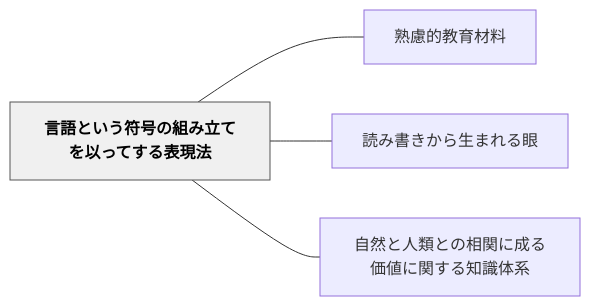
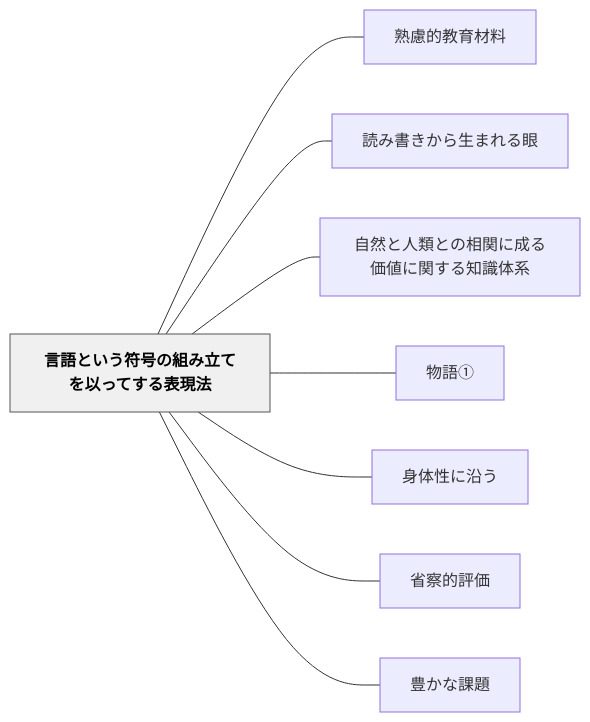
The diagram in content/パタン/言語という符号の組み立てを以ってする表現法.md (unknownthings-ed-patterns/unknownthings-ed-patterns), drawn with Mermaid before and after one commit. The commit also changed other lines of this file and 36 other files, not shown here.

````diff
--- a/content/パタン/言語という符号の組み立てを以ってする表現法.md
+++ b/content/パタン/言語という符号の組み立てを以ってする表現法.md
@@ -44,14 +48,22 @@
 ```mermaid
 flowchart LR
     ne8a880e8aa9ee381a8e38184e38186e7aca6e58fb7e381aee7b584e381bfe7ab8be381a6e38292e4bba5e381a3e381a6e38199e3828be8a1a8e78fbee6b395["言語という符号の組み立てを以ってする表現法"]
     ne7869fe685aee79a84e69599e882b2e69d90e69699["熟慮的教育材料"]
     ne8aaade381bfe69bb8e3818de3818be38289e7949fe381bee3828ce3828be79cbc["読み書きから生まれる眼"]
     ne887aae784b6e381a8e4babae9a19ee381a8e381aee79bb8e996a2e381abe68890e3828be4bea1e580a4e381abe996a2e38199e3828be79fa5e8ad98e4bd93e7b3bb["自然と人類との相関に成る価値に関する知識体系"]
+    ne789a9e8aa9ee291a0["物語①"]
+    ne8baabe4bd93e680a7e381abe6b2bfe38186["身体性に沿う"]
+    ne79c81e5af9fe79a84e8a995e4bea1["省察的評価"]
+    ne8b18ae3818be381aae8aab2e9a18c["豊かな課題"]
 
     ne8a880e8aa9ee381a8e38184e38186e7aca6e58fb7e381aee7b584e381bfe7ab8be381a6e38292e4bba5e381a3e381a6e38199e3828be8a1a8e78fbee6b395 --- ne7869fe685aee79a84e69599e882b2e69d90e69699
     ne8a880e8aa9ee381a8e38184e38186e7aca6e58fb7e381aee7b584e381bfe7ab8be381a6e38292e4bba5e381a3e381a6e38199e3828be8a1a8e78fbee6b395 --- ne8aaade381bfe69bb8e3818de3818be38289e7949fe381bee3828ce3828be79cbc
     ne8a880e8aa9ee381a8e38184e38186e7aca6e58fb7e381aee7b584e381bfe7ab8be381a6e38292e4bba5e381a3e381a6e38199e3828be8a1a8e78fbee6b395 --- ne887aae784b6e381a8e4babae9a19ee381a8e381aee79bb8e996a2e381abe68890e3828be4bea1e580a4e381abe996a2e38199e3828be79fa5e8ad98e4bd93e7b3bb
+    ne8a880e8aa9ee381a8e38184e38186e7aca6e58fb7e381aee7b584e381bfe7ab8be381a6e38292e4bba5e381a3e381a6e38199e3828be8a1a8e78fbee6b395 --- ne789a9e8aa9ee291a0
+    ne8a880e8aa9ee381a8e38184e38186e7aca6e58fb7e381aee7b584e381bfe7ab8be381a6e38292e4bba5e381a3e381a6e38199e3828be8a1a8e78fbee6b395 --- ne8baabe4bd93e680a7e381abe6b2bfe38186
+    ne8a880e8aa9ee381a8e38184e38186e7aca6e58fb7e381aee7b584e381bfe7ab8be381a6e38292e4bba5e381a3e381a6e38199e3828be8a1a8e78fbee6b395 --- ne79c81e5af9fe79a84e8a995e4bea1
+    ne8a880e8aa9ee381a8e38184e38186e7aca6e58fb7e381aee7b584e381bfe7ab8be381a6e38292e4bba5e381a3e381a6e38199e3828be8a1a8e78fbee6b395 --- ne8b18ae3818be381aae8aab2e9a18c
 
     classDef hub fill:#f0f0f0,stroke:#555,color:#000,font-weight:bold
     class ne8a880e8aa9ee381a8e38184e38186e7aca6e58fb7e381aee7b584e381bfe7ab8be381a6e38292e4bba5e381a3e381a6e38199e3828be8a1a8e78fbee6b395 hub
 ```
````
